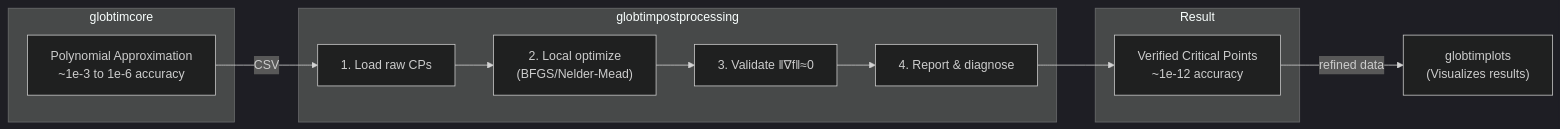
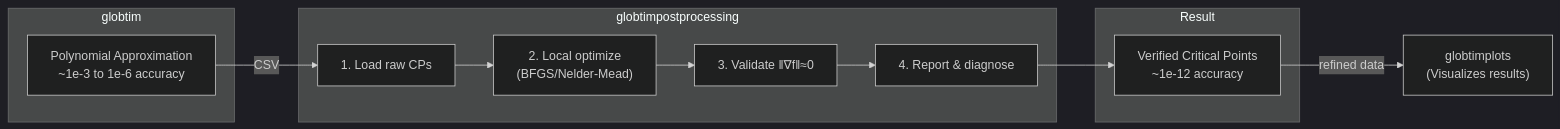
The diagram in README.md (gescholt/GlobtimPostProcessing.jl), drawn with Mermaid (dark theme) before and after one commit. The commit also changed other lines of this file and 32 other files, not shown here.

````diff
--- a/README.md
+++ b/README.md
@@ -195,20 +195,20 @@
 ```mermaid
 flowchart LR
-    subgraph globtimcore
+    subgraph globtim
         A["Polynomial Approximation<br/>~1e-3 to 1e-6 accuracy"]
     end
 
     subgraph globtimpostprocessing
         B["1. Load raw CPs"] --> C["2. Local optimize<br/>(BFGS/Nelder-Mead)"]
         C --> D["3. Validate ‖∇f‖≈0"]
         D --> E["4. Report & diagnose"]
     end
 
     subgraph Result
         F["Verified Critical Points<br/>~1e-12 accuracy"]
     end
 
     A -->|CSV| B
     E --> F
     F -->|"refined data"| G["globtimplots<br/>(Visualizes results)"]
 ```
````
